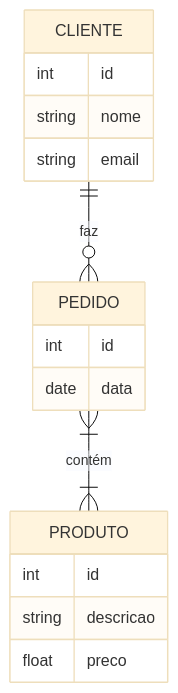
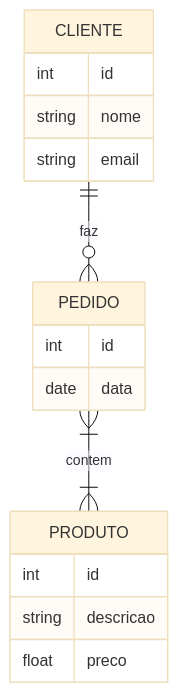
Before and after one commit to PedroZia/Predictive-Machining-Tool-Wear-Maintenance-AI: the sixth of 7 diagrams in Markdown.md, drawn with Mermaid (base theme). The commit also changed other lines of this file, not shown here.

````diff
--- a/Markdown.md
+++ b/Markdown.md
@@ -58,20 +59,20 @@
 ```mermaid
 %% Diagrama de Entidade-Relacionamento
 erDiagram
     CLIENTE ||--o{ PEDIDO : faz
-    PEDIDO }|--|{ PRODUTO : contém
+    PEDIDO }|--|{ PRODUTO : contem
     CLIENTE {
         int id
         string nome
         string email
     }
     PEDIDO {
         int id
         date data
     }
     PRODUTO {
         int id
         string descricao
         float preco
     }
 ```
````
